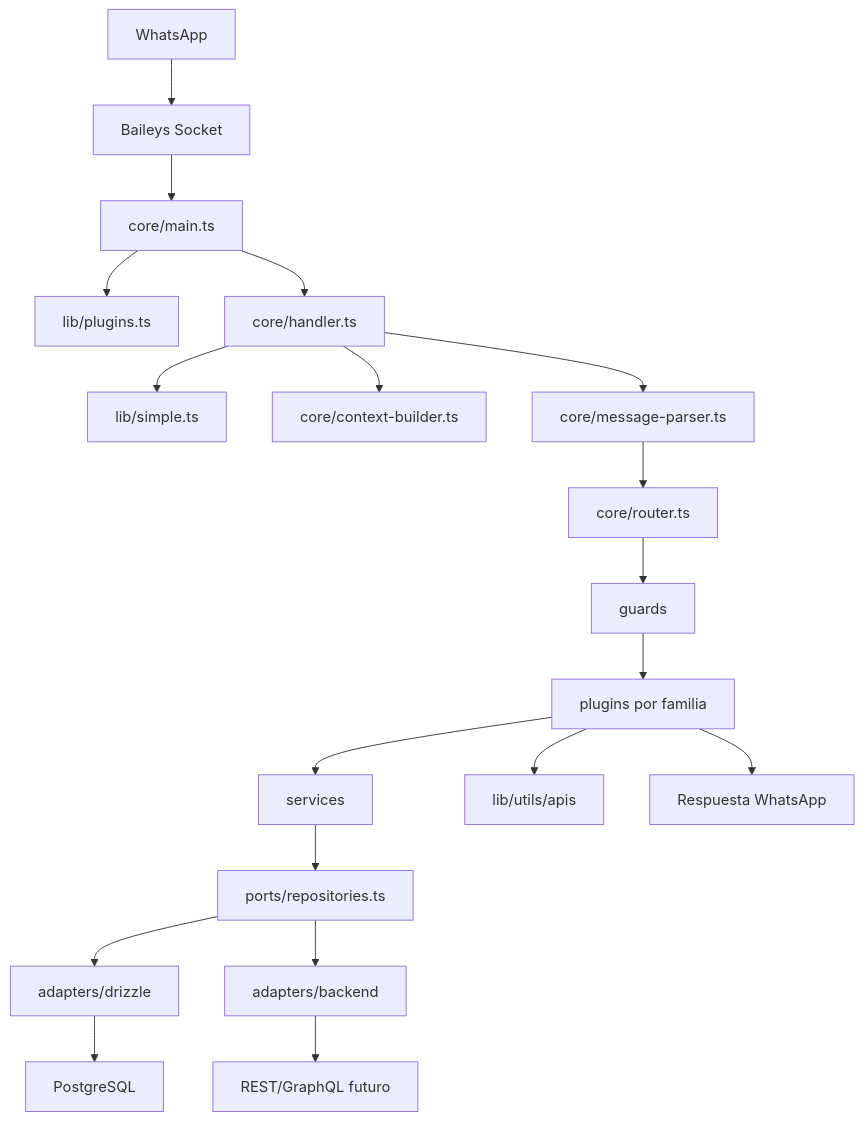
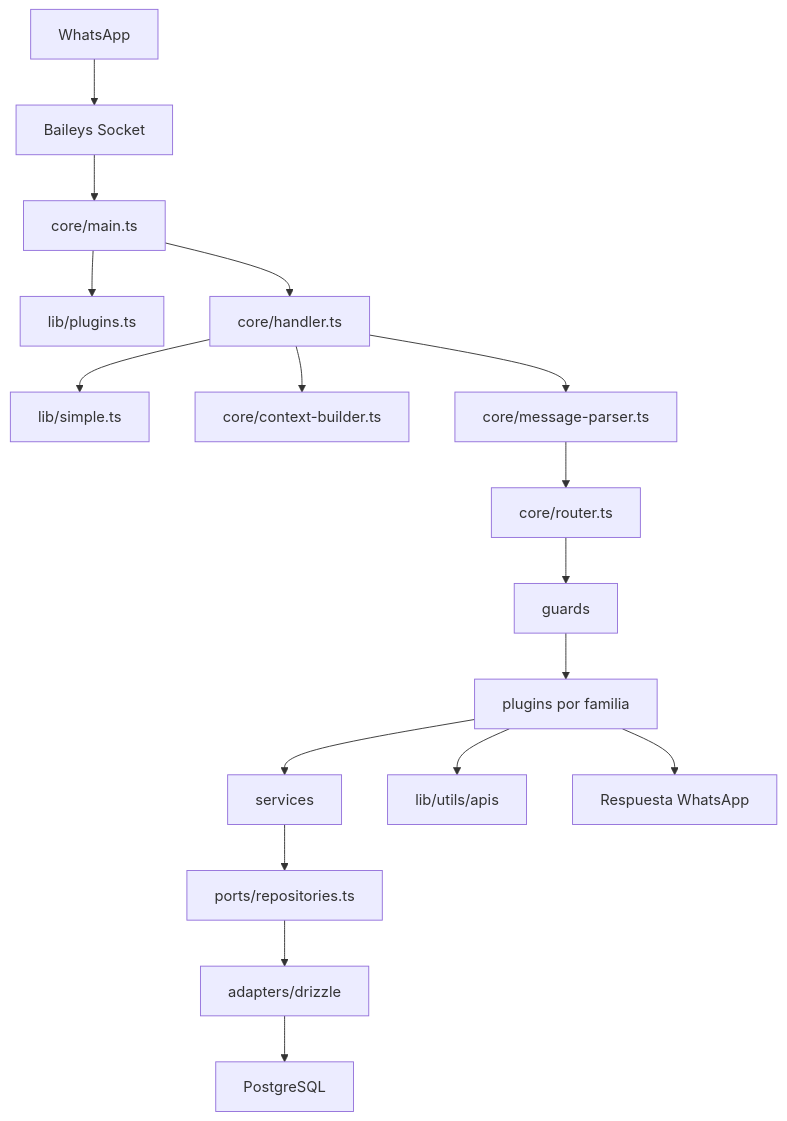
One commit to JuliusSauco/zycryx-whatsapp-chat-bot-template changed the diagram in README.md. Above: the diagram before and after it, drawn with Mermaid. The commit also changed other lines of this file and 55 other files, not shown here.

````diff
--- a/README.md
+++ b/README.md
@@ -383,21 +417,19 @@
 ```mermaid
 flowchart TD
     A["WhatsApp"] --> B["Baileys Socket"]
     B --> C["core/main.ts"]
     C --> D["lib/plugins.ts"]
     C --> E["core/handler.ts"]
     E --> F["lib/simple.ts"]
     E --> G["core/context-builder.ts"]
     E --> H["core/message-parser.ts"]
     H --> I["core/router.ts"]
     I --> J["guards"]
     J --> K["plugins por familia"]
     K --> L["services"]
     L --> M["ports/repositories.ts"]
     M --> N["adapters/drizzle"]
-    M --> O["adapters/backend"]
     N --> P["PostgreSQL"]
-    O --> Q["REST/GraphQL futuro"]
     K --> R["lib/utils/apis"]
     K --> S["Respuesta WhatsApp"]
 ```
````
